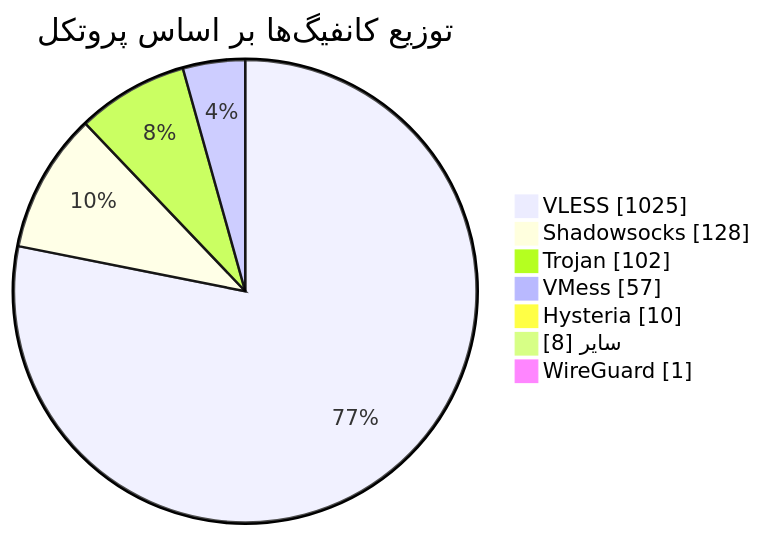
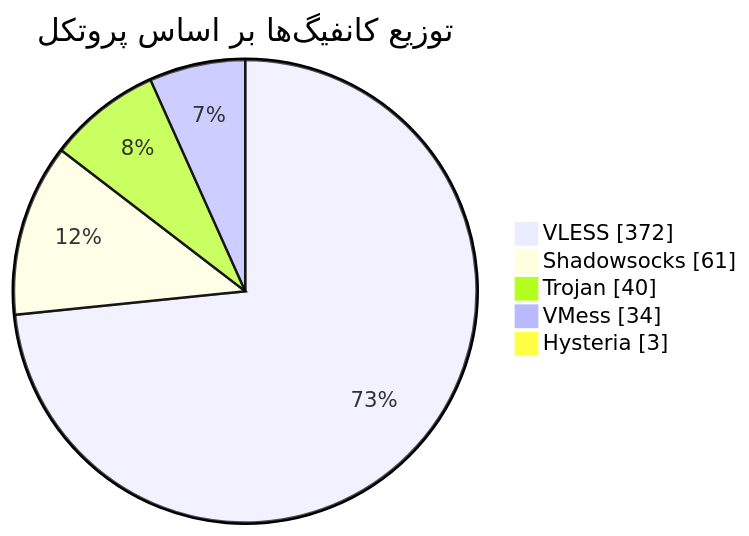
Before and after one commit to Arian-Alijani/Somthing: the diagram in README.md, drawn with Mermaid. The commit also changed other lines of this file and 107 other files, not shown here.

````diff
--- a/README.md
+++ b/README.md
@@ -49,11 +47,9 @@
 ```mermaid
 pie showData
     title توزیع کانفیگ‌ها بر اساس پروتکل
-    "VLESS" : 1025
-    "Shadowsocks" : 128
-    "Trojan" : 102
-    "VMess" : 57
-    "Hysteria" : 10
-    "سایر" : 8
-    "WireGuard" : 1
+    "VLESS" : 372
+    "Shadowsocks" : 61
+    "Trojan" : 40
+    "VMess" : 34
+    "Hysteria" : 3
 ```
````
